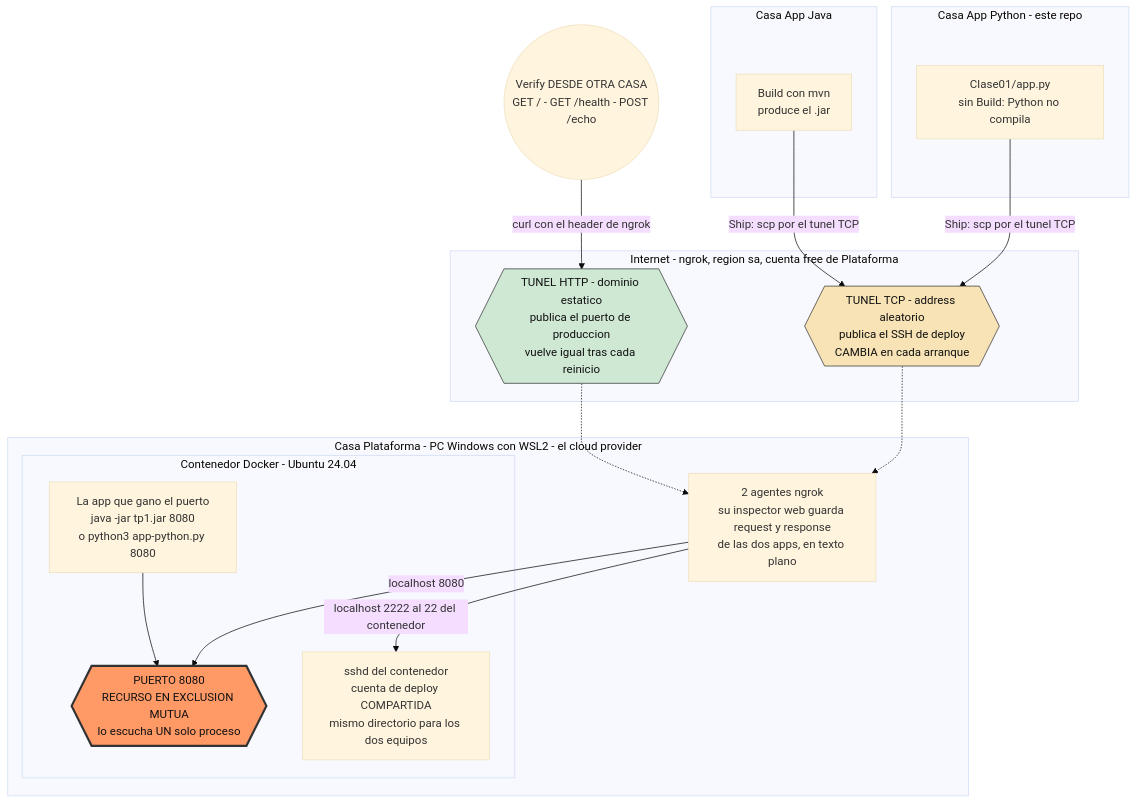
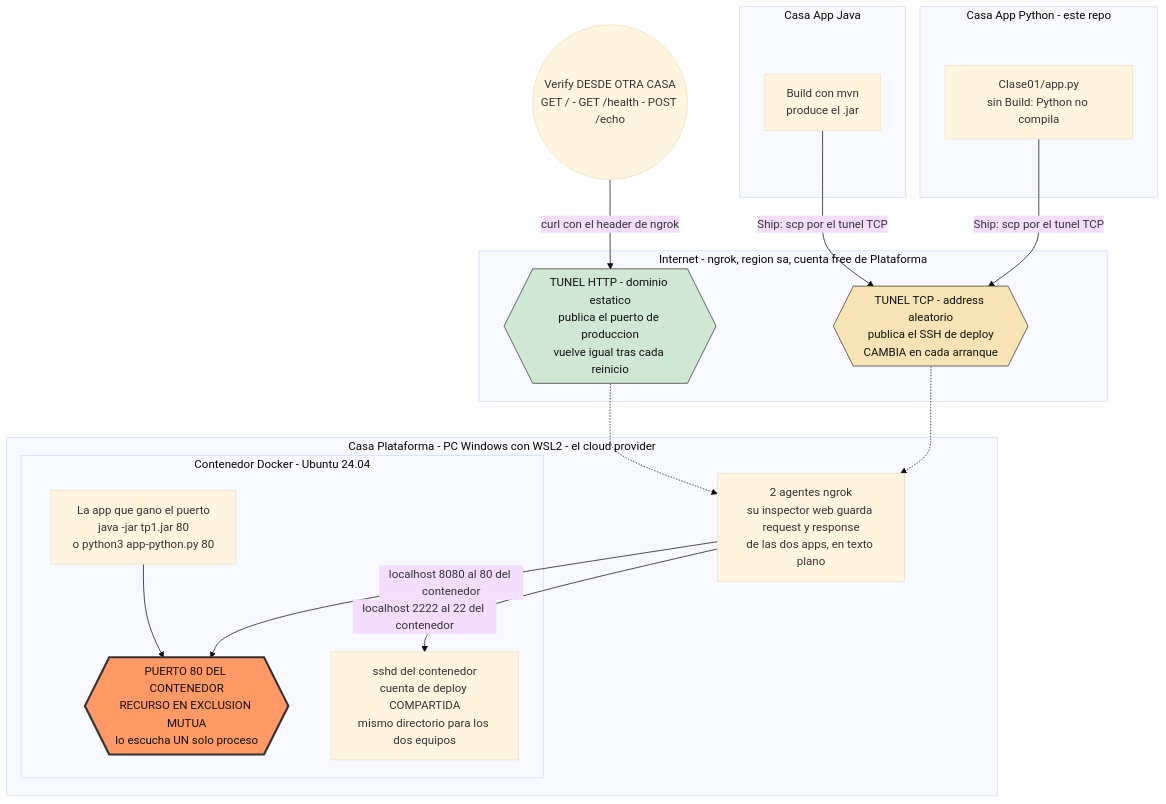
Before and after one commit to mnomico/sdypp_tarea: the first of 2 diagrams in README.md, drawn with Mermaid (base theme). The commit also changed other lines of this file and 1 other file, not shown here.

Commit message:
Agrego las 3 propuesta de mejoras y corrijo puerto al 80

````diff
--- a/README.md
+++ b/README.md
@@ -35,40 +35,40 @@
 ```mermaid
 flowchart TB
     subgraph NUBE["Internet - ngrok, region sa, cuenta free de Plataforma"]
         T1{{"TUNEL HTTP - dominio estatico<br/>publica el puerto de produccion<br/>vuelve igual tras cada reinicio"}}
         T2{{"TUNEL TCP - address aleatorio<br/>publica el SSH de deploy<br/>CAMBIA en cada arranque"}}
     end
 
     subgraph PLAT["Casa Plataforma - PC Windows con WSL2 - el cloud provider"]
         AG["2 agentes ngrok<br/>su inspector web guarda request y response<br/>de las dos apps, en texto plano"]
         subgraph CT["Contenedor Docker - Ubuntu 24.04"]
-            APP["La app que gano el puerto<br/>java -jar tp1.jar 8080<br/>o python3 app-python.py 8080"]
-            PORT{{"PUERTO 8080<br/>RECURSO EN EXCLUSION MUTUA<br/>lo escucha UN solo proceso"}}
+            APP["La app que gano el puerto<br/>java -jar tp1.jar 80<br/>o python3 app-python.py 80"]
+            PORT{{"PUERTO 80 DEL CONTENEDOR<br/>RECURSO EN EXCLUSION MUTUA<br/>lo escucha UN solo proceso"}}
             SSHD["sshd del contenedor<br/>cuenta de deploy COMPARTIDA<br/>mismo directorio para los dos equipos"]
             APP --> PORT
         end
-        AG -->|"localhost 8080"| PORT
+        AG -->|"localhost 8080 al 80 del contenedor"| PORT
         AG -->|"localhost 2222 al 22 del contenedor"| SSHD
     end
 
     T1 -.-> AG
     T2 -.-> AG
 
     subgraph JAVA["Casa App Java"]
         JAR["Build con mvn<br/>produce el .jar"]
     end
 
     subgraph PY["Casa App Python - este repo"]
         SRC["Clase01/app.py<br/>sin Build: Python no compila"]
     end
 
     JAR -->|"Ship: scp por el tunel TCP"| T2
     SRC -->|"Ship: scp por el tunel TCP"| T2
 
     VER(("Verify DESDE OTRA CASA<br/>GET / - GET /health - POST /echo"))
     VER -->|"curl con el header de ngrok"| T1
 
     style PORT fill:#f96,stroke:#333,stroke-width:3px,color:#111
     style T2 fill:#f7e3b5,stroke:#333,color:#111
     style T1 fill:#cfe8d4,stroke:#333,color:#111
 ```
````
